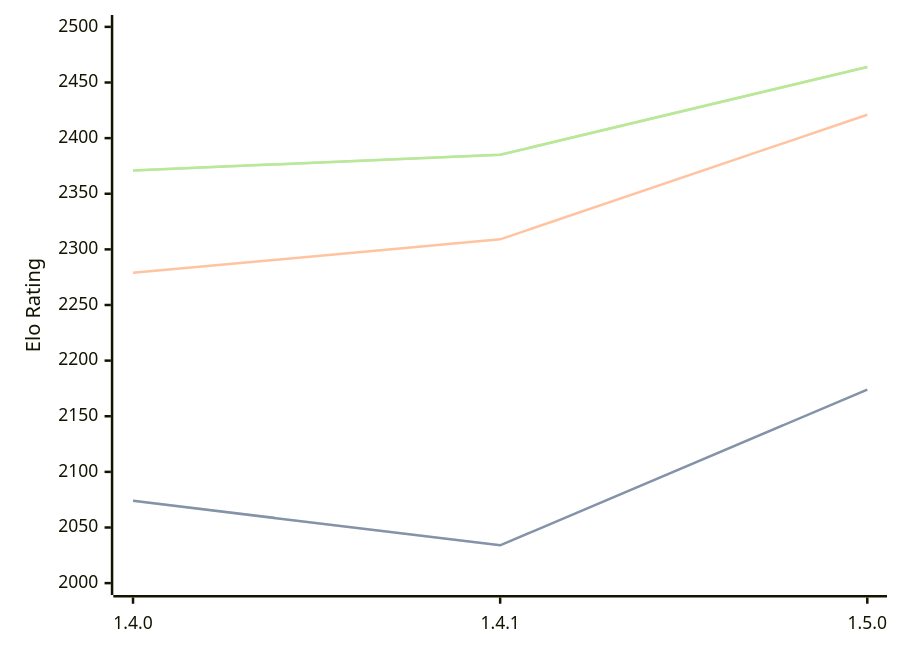
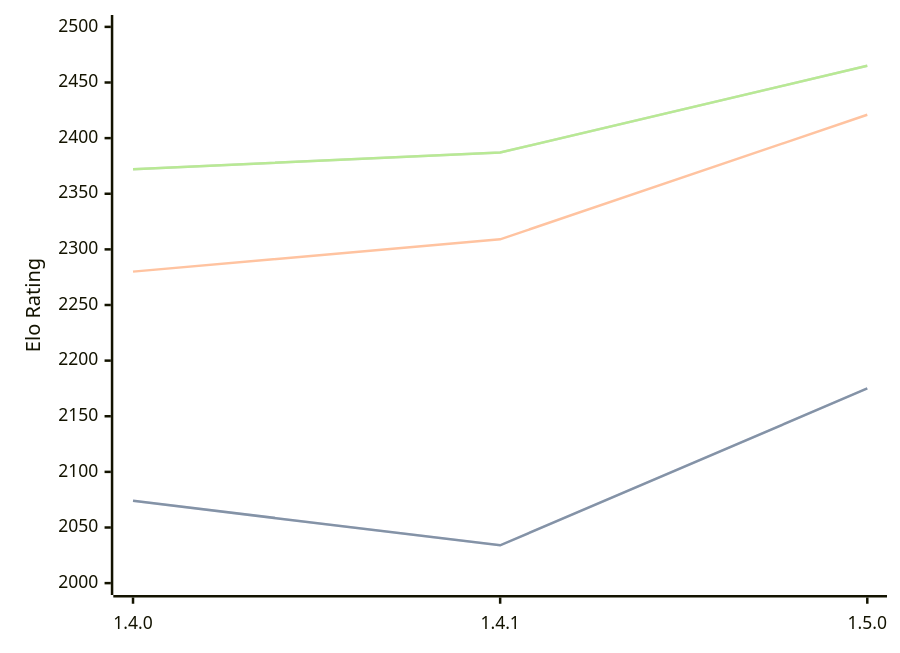
The diagram in engines/Tofiks.md (computer-chess-index/cci), drawn with Mermaid before and after one commit. The commit also changed other lines of this file, not shown here.

Commit message:
Update CCI Ratings (ELO VLTC) - 2026-08-15

````diff
--- a/engines/Tofiks.md
+++ b/engines/Tofiks.md
@@ -33,11 +33,11 @@
 ```mermaid
 %%{init: {"theme":"base","themeVariables":{"seriesColors:['#a3a3a3','#222221','#faa371']}}}%%
 xychart-beta
   x-axis ["1.4.0", "1.4.1", "1.5.0"]
   y-axis "Elo Rating" 2000 --> 2500
-  line "STC (8.0+0.08s)" [2074, 2034, 2174]
-  line "STC (8.0+0.08s)" [2074, 2034, 2174]
-  line "LTC (60.0+0.60s)" [2279, 2309, 2421]
-  line "VLTC (2m24s+1.12s)" [2371, 2385, 2464]
-  line "VLTC (2m24s+1.12s)" [2371, 2385, 2464]
+  line "STC (8.0+0.08s)" [2074, 2034, 2175]
+  line "STC (8.0+0.08s)" [2074, 2034, 2175]
+  line "LTC (60.0+0.60s)" [2280, 2309, 2421]
+  line "VLTC (2m24s+1.12s)" [2372, 2387, 2465]
+  line "VLTC (2m24s+1.12s)" [2372, 2387, 2465]
 ```
````
